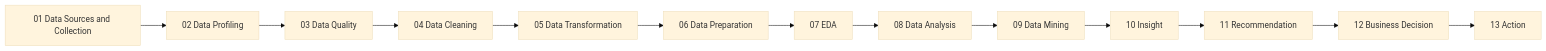
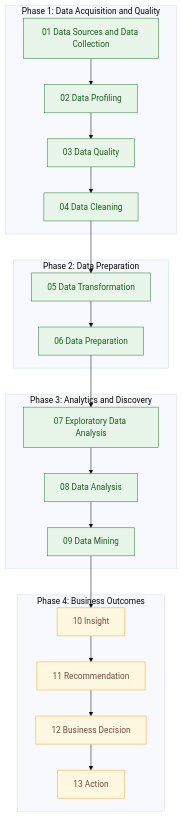
One commit to SANJAYBG307/DataProcessesArchitecturePipeline changed the diagram in README.md. Above: the diagram before and after it, drawn with Mermaid (base theme). The commit also changed other lines of this file, not shown here.

Commit message:
Redesigned the README into a polished, evidence-based portfolio document with phased architecture, implementation matrix, and improved setup guidance.

````diff
--- a/README.md
+++ b/README.md
@@ -62,15 +72,35 @@
 ```mermaid
-flowchart LR
-   A[01 Data Sources and Collection] --> B[02 Data Profiling]
-   B --> C[03 Data Quality]
-   C --> D[04 Data Cleaning]
-   D --> E[05 Data Transformation]
-   E --> F[06 Data Preparation]
-   F --> G[07 EDA]
-   G --> H[08 Data Analysis]
-   H --> I[09 Data Mining]
-   I --> J[10 Insight]
-   J --> K[11 Recommendation]
-   K --> L[12 Business Decision]
-   L --> M[13 Action]
+flowchart TD
+    subgraph P1[Phase 1: Data Acquisition and Quality]
+        S01[01 Data Sources and Data Collection]
+        S02[02 Data Profiling]
+        S03[03 Data Quality]
+        S04[04 Data Cleaning]
+    end
+
+    subgraph P2[Phase 2: Data Preparation]
+        S05[05 Data Transformation]
+        S06[06 Data Preparation]
+    end
+
+    subgraph P3[Phase 3: Analytics and Discovery]
+        S07[07 Exploratory Data Analysis]
+        S08[08 Data Analysis]
+        S09[09 Data Mining]
+    end
+
+    subgraph P4[Phase 4: Business Outcomes]
+        S10[10 Insight]
+        S11[11 Recommendation]
+        S12[12 Business Decision]
+        S13[13 Action]
+    end
+
+    S01 --> S02 --> S03 --> S04 --> S05 --> S06 --> S07 --> S08 --> S09 --> S10 --> S11 --> S12 --> S13
+
+    classDef implemented fill:#E8F5E9,stroke:#2E7D32,color:#1B5E20,stroke-width:1px;
+    classDef planned fill:#FFF8E1,stroke:#F9A825,color:#6D4C41,stroke-width:1px;
+
+    class S01,S02,S03,S04,S05,S06,S07,S08,S09 implemented;
+    class S10,S11,S12,S13 planned;
 ```
````
